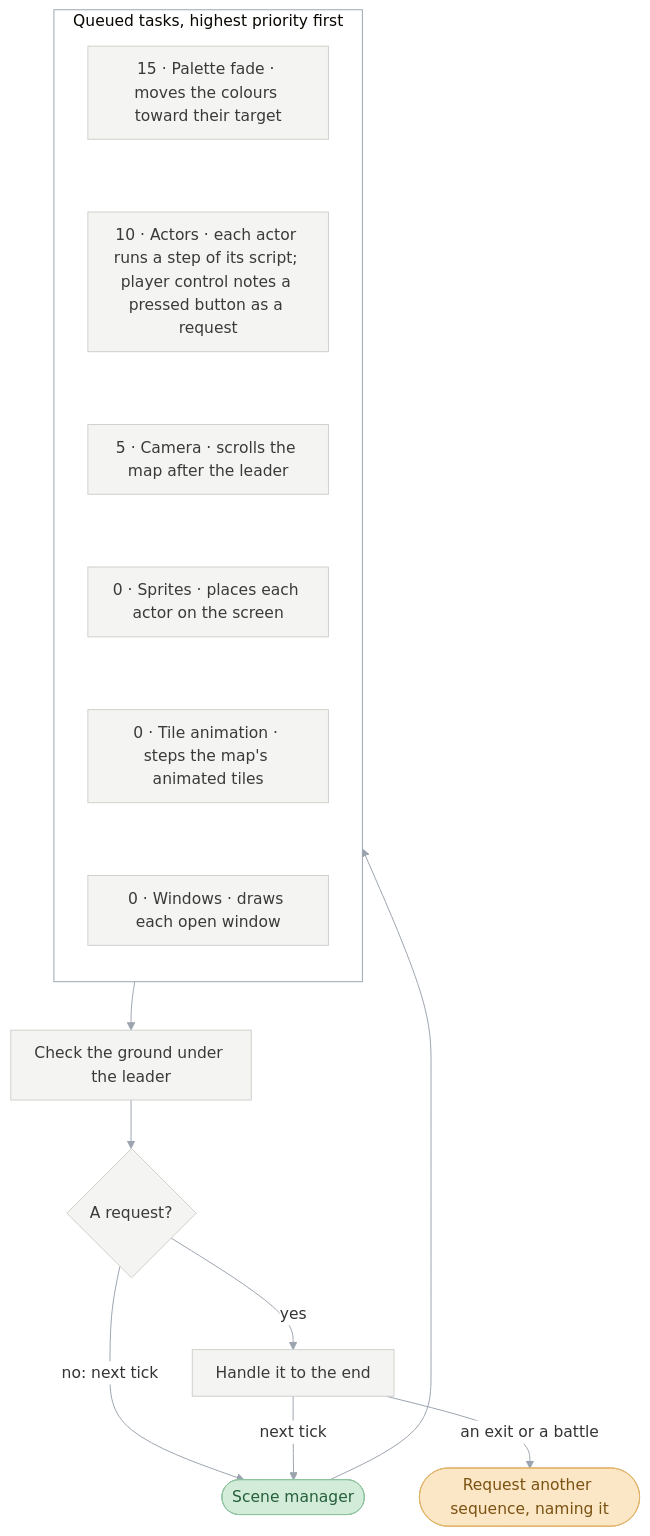
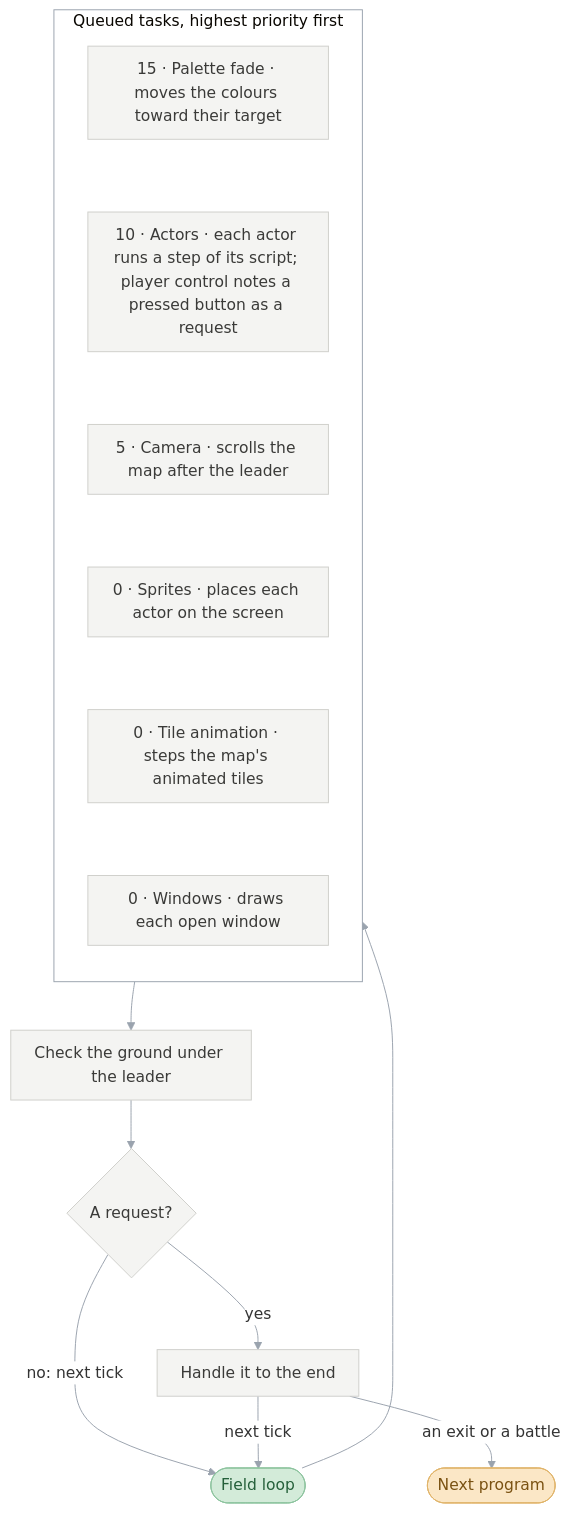
One commit to PascalPixel/alchemy changed the seventh of 9 diagrams in games/tbs/README.md. Above: the diagram before and after it, drawn with Mermaid. The commit also changed other lines of this file and 31 other files, not shown here.

First line of the commit message:
☀️ Monitor, programs, field loop and persistent state in the words too

````diff
--- a/games/tbs/README.md
+++ b/games/tbs/README.md
@@ -320,27 +320,27 @@
 ```mermaid
 %%{init: {"theme": "base", "themeVariables": {"lineColor": "#9AA3AE", "edgeLabelBackground": "#FFFFFF"}, "flowchart": {"curve": "basis", "padding": 12}}}%%
 flowchart TD
-  tick(["Scene manager"]) --> queue
+  tick(["Field loop"]) --> queue
   subgraph queue ["Queued tasks, highest priority first"]
     direction TB
     t1["15 · Palette fade · moves the colours toward their target"] ~~~ t2["10 · Actors · each actor runs a step of its script; player control notes a pressed button as a request"]
     t2 ~~~ t3["5 · Camera · scrolls the map after the leader"] ~~~ t4["0 · Sprites · places each actor on the screen"]
     t4 ~~~ t5["0 · Tile animation · steps the map's animated tiles"] ~~~ t6["0 · Windows · draws each open window"]
   end
   queue --> ground["Check the ground under the leader"]
   ground --> check{"A request?"}
   check -->|"no: next tick"| tick
   check -->|"yes"| handle["Handle it to the end"]
   handle -->|"next tick"| tick
-  handle -->|"an exit or a battle"| next(["Request another sequence, naming it"])
-  classDef sequenceManager fill:#DDE3EC,stroke:#8FA0B8,color:#2E3C50
-  classDef sceneSequence fill:#D2EEF3,stroke:#7FC3D0,color:#1E5966
+  handle -->|"an exit or a battle"| next(["Next program"])
+  classDef monitor fill:#DDE3EC,stroke:#8FA0B8,color:#2E3C50
+  classDef sceneProgram fill:#D2EEF3,stroke:#7FC3D0,color:#1E5966
   classDef battle fill:#F6D5D2,stroke:#D9928B,color:#8A2A22
   classDef sceneManager fill:#D3EBD9,stroke:#8DC49E,color:#25603A
   classDef request fill:#FBE7C6,stroke:#E0B46A,color:#7A5212
   classDef step fill:#F4F4F2,stroke:#CFCFCB,color:#3A3A38
   class tick sceneManager
   class next request
   class t1,t2,t3,t4,t5,t6,ground,handle,check step
   style queue fill:#FFFFFF,stroke:#9AA3AE
 ```
````
